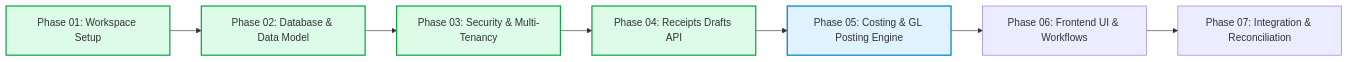
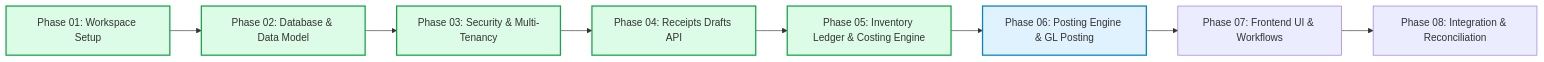
The diagram in docs/IMPLEMENTATION_PLAN.md (AhmedAlkasadi2003/project-erp), drawn with Mermaid before and after one commit. The commit also changed other lines of this file and 20 other files, not shown here.

Commit message:
feat(inventory): implement stock movements ledger, balances, and weighted-average costing (Phase 05)

````diff
--- a/docs/IMPLEMENTATION_PLAN.md
+++ b/docs/IMPLEMENTATION_PLAN.md
@@ -9,15 +9,17 @@
 ```mermaid
 flowchart LR
   P1[Phase 01: Workspace Setup] --> P2[Phase 02: Database & Data Model]
   P2 --> P3[Phase 03: Security & Multi-Tenancy]
   P3 --> P4[Phase 04: Receipts Drafts API]
-  P4 --> P5[Phase 05: Costing & GL Posting Engine]
-  P5 --> P6[Phase 06: Frontend UI & Workflows]
-  P6 --> P7[Phase 07: Integration & Reconciliation]
+  P4 --> P5[Phase 05: Inventory Ledger & Costing Engine]
+  P5 --> P6[Phase 06: Posting Engine & GL Posting]
+  P6 --> P7[Phase 07: Frontend UI & Workflows]
+  P7 --> P8[Phase 08: Integration & Reconciliation]
 
   style P1 fill:#dcfce7,stroke:#16a34a,stroke-width:2px
   style P2 fill:#dcfce7,stroke:#16a34a,stroke-width:2px
   style P3 fill:#dcfce7,stroke:#16a34a,stroke-width:2px
   style P4 fill:#dcfce7,stroke:#16a34a,stroke-width:2px
-  style P5 fill:#e0f2fe,stroke:#0284c7,stroke-width:2px
+  style P5 fill:#dcfce7,stroke:#16a34a,stroke-width:2px
+  style P6 fill:#e0f2fe,stroke:#0284c7,stroke-width:2px
 ```
````
